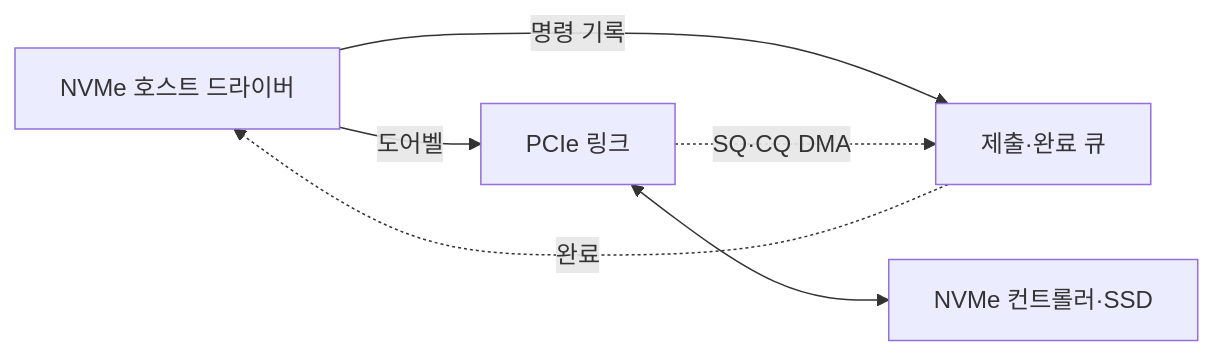
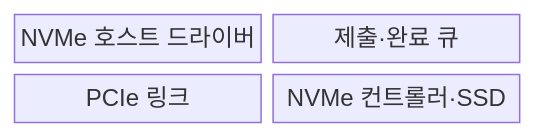
One commit to agnusdei1207/knowledge-base changed the first of 2 diagrams in src/content/docs/notes/02-hardware/029_nvme_pcie_interface.md. Above: the diagram before and after it, drawn with Mermaid. The commit also changed other lines of this file and 20 other files, not shown here.

````diff
--- a/src/content/docs/notes/02-hardware/029_nvme_pcie_interface.md
+++ b/src/content/docs/notes/02-hardware/029_nvme_pcie_interface.md
@@ -70,8 +67,8 @@
 ```mermaid
-flowchart LR
-    H["NVMe 호스트 드라이버"] -->|명령 기록| Q["제출·완료 큐"]
-    H -->|도어벨| P["PCIe 링크"]
-    P <--> C["NVMe 컨트롤러·SSD"]
-    P -. "SQ·CQ DMA" .-> Q
-    Q -. "완료" .-> H
+block
+    columns 2
+    H["NVMe 호스트 드라이버"]
+    Q["제출·완료 큐"]
+    P["PCIe 링크"]
+    C["NVMe 컨트롤러·SSD"]
 ```
````
